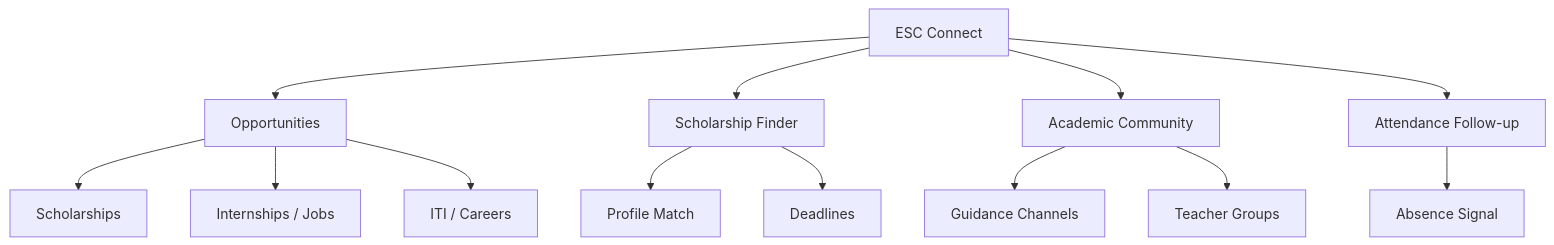
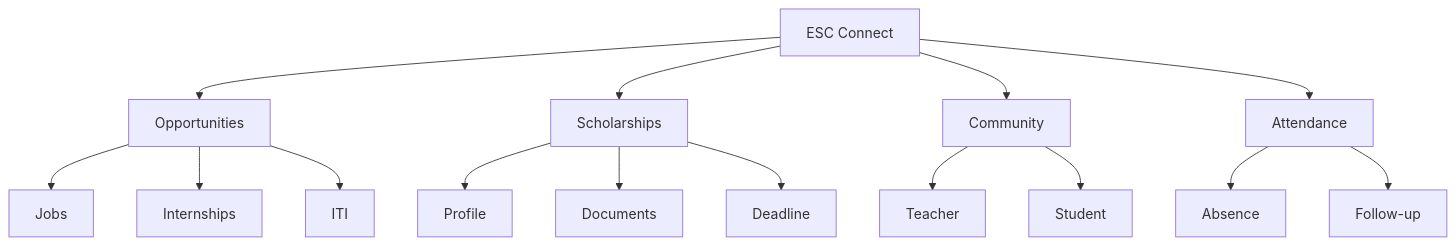
Before and after one commit to mahik2007/hackathon: the third of 12 diagrams in README.md, drawn with Mermaid. The commit also changed other lines of this file, not shown here.

````diff
--- a/README.md
+++ b/README.md
@@ -37,16 +40,18 @@
-``` mermaid
+```mermaid
 flowchart TB
     E[ESC Connect]
     E --> O[Opportunities]
-    E --> S[Scholarship Finder]
-    E --> C[Academic Community]
-    E --> A[Attendance Follow-up]
-    O --> O1[Scholarships]
-    O --> O2[Internships / Jobs]
-    O --> O3[ITI / Careers]
-    S --> S1[Profile Match]
-    S --> S2[Deadlines]
-    C --> C1[Guidance Channels]
-    C --> C2[Teacher Groups]
-    A --> A1[Absence Signal]
+    E --> S[Scholarships]
+    E --> C[Community]
+    E --> A[Attendance]
+    O --> O1[Jobs]
+    O --> O2[Internships]
+    O --> O3[ITI]
+    S --> S1[Profile]
+    S --> S2[Documents]
+    S --> S3[Deadline]
+    C --> C1[Teacher]
+    C --> C2[Student]
+    A --> A1[Absence]
+    A --> A2[Follow-up]
 ```
````
